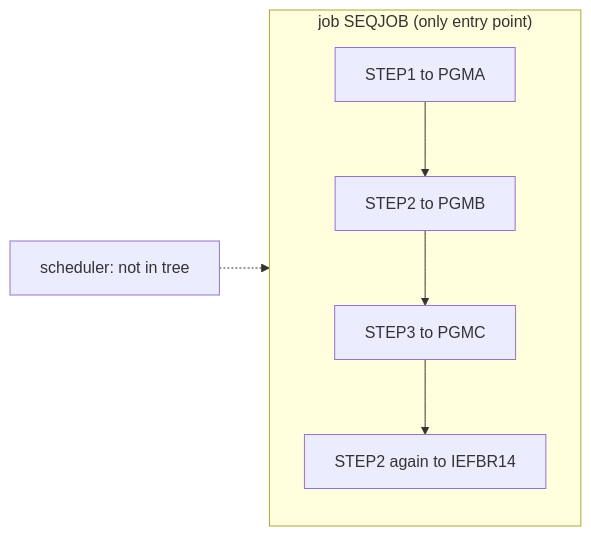
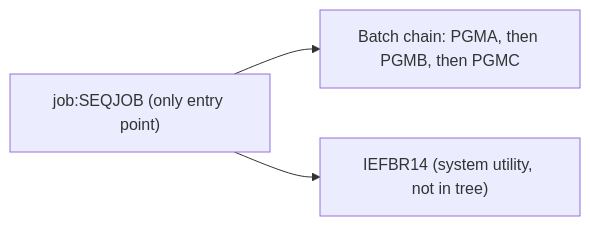
Before and after one commit to Sparq-Holding-Inc/claude-legacy-modernization: the diagram in evals/runs/08-temporal-steps/modernization-assessment/02-coupling.md, drawn with Mermaid. The commit also changed other lines of this file and 252 other files, not shown here.

````diff
--- a/evals/runs/08-temporal-steps/modernization-assessment/02-coupling.md
+++ b/evals/runs/08-temporal-steps/modernization-assessment/02-coupling.md
@@ -22,7 +31,5 @@
 ```mermaid
 graph LR
-  subgraph SEQJOB["job SEQJOB (only entry point)"]
-    A["STEP1 to PGMA"] --> B["STEP2 to PGMB"] --> C["STEP3 to PGMC"] --> D["STEP2 again to IEFBR14"]
-  end
-  SCHED["scheduler: not in tree"] -.-> SEQJOB
+  SEQJOB["job:SEQJOB (only entry point)"] --> C1["Batch chain: PGMA, then PGMB, then PGMC"]
+  SEQJOB --> X["IEFBR14 (system utility, not in tree)"]
 ```
````
